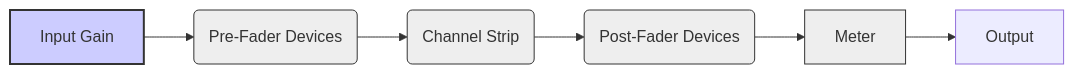
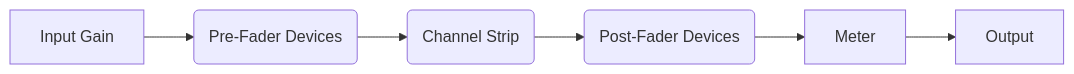
Before and after one commit to yannmazita/daw.ts: the sixth of 9 diagrams in README.md, drawn with Mermaid. The commit also changed other lines of this file, not shown here.

````diff
--- a/README.md
+++ b/README.md
@@ -183,13 +183,8 @@
 ```mermaid
 graph LR
     A[Input Gain] --> B(Pre-Fader Devices);
     B --> C(Channel Strip);
     C --> D(Post-Fader Devices);
     D --> E[Meter];
     E --> F[Output];
-    style A fill:#ccf,stroke:#333,stroke-width:2px
-    style B fill:#eee,stroke:#333,stroke-width:1px
-    style C fill:#eee,stroke:#333,stroke-width:1px
-    style D fill:#eee,stroke:#333,stroke-width:1px
-    style E fill:#eee,stroke:#333,stroke-width:1px
 ```
````
